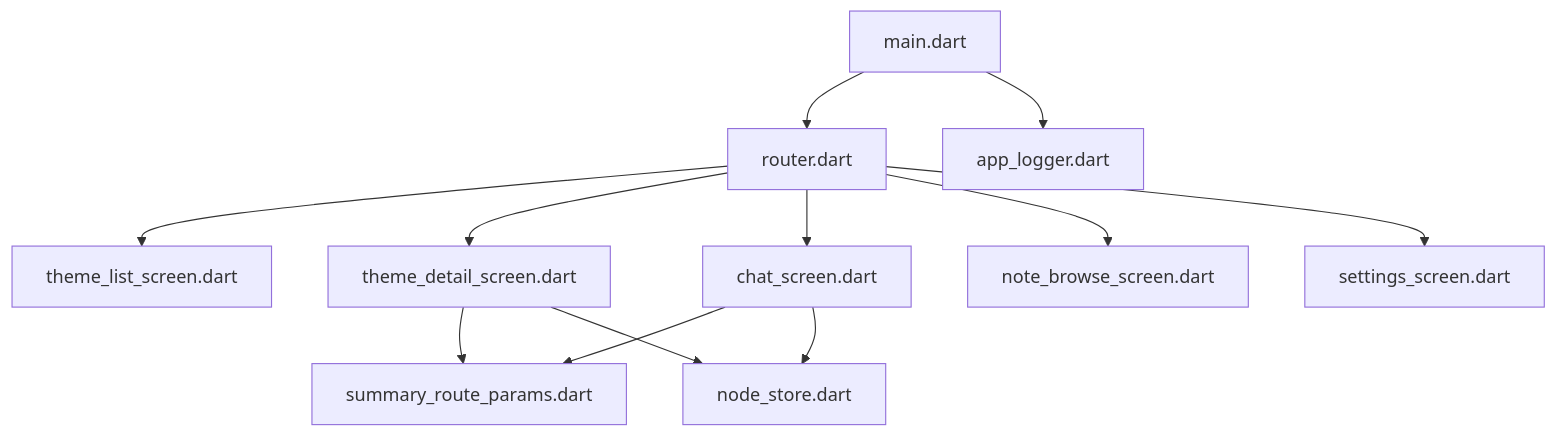
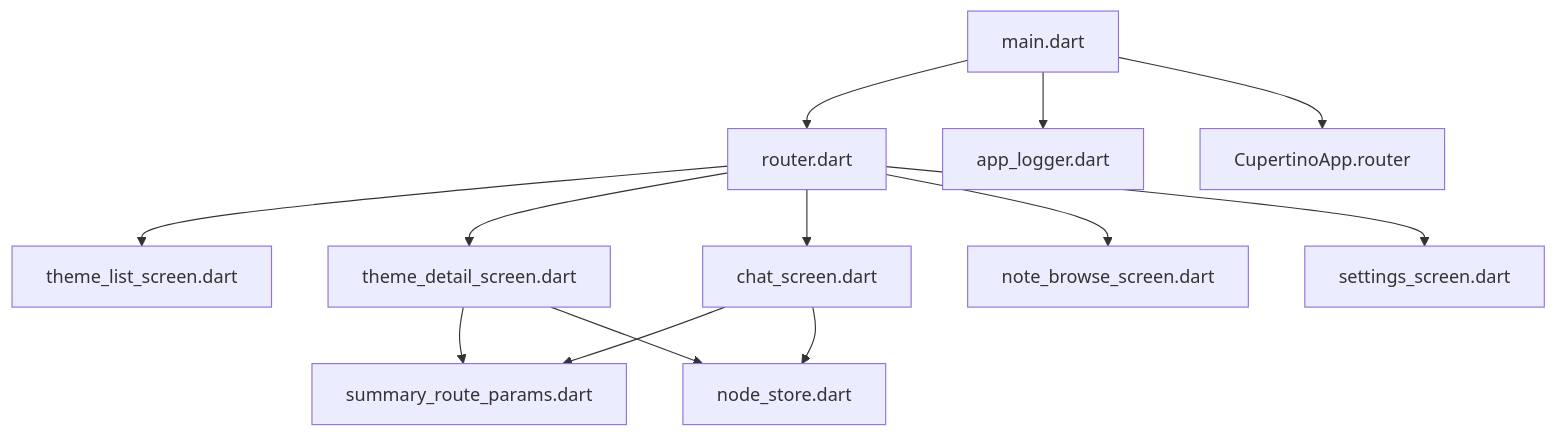
One commit to Ykworm/thktree changed diagram 12 of 14 in .qoder/repowiki/zh/content/架构设计/路由系统设计.md. Above: the diagram before and after it, drawn with Mermaid. The commit also changed other lines of this file and 39 other files, not shown here.

````diff
--- a/.qoder/repowiki/zh/content/架构设计/路由系统设计.md
+++ b/.qoder/repowiki/zh/content/架构设计/路由系统设计.md
@@ -313,14 +435,15 @@
 ```mermaid
 graph TD
 Router[router.dart] --> ThemeList[theme_list_screen.dart]
 Router --> ThemeDetail[theme_detail_screen.dart]
 Router --> Chat[chat_screen.dart]
 Router --> NoteBrowse[note_browse_screen.dart]
 Router --> Settings[settings_screen.dart]
 Chat --> SummaryParams[summary_route_params.dart]
 ThemeDetail --> SummaryParams
 ThemeDetail --> NodeStore[node_store.dart]
 Chat --> NodeStore
 Main[main.dart] --> Router
 Main --> Logger[app_logger.dart]
+Main --> CupertinoApp[CupertinoApp.router]
 ```
````
